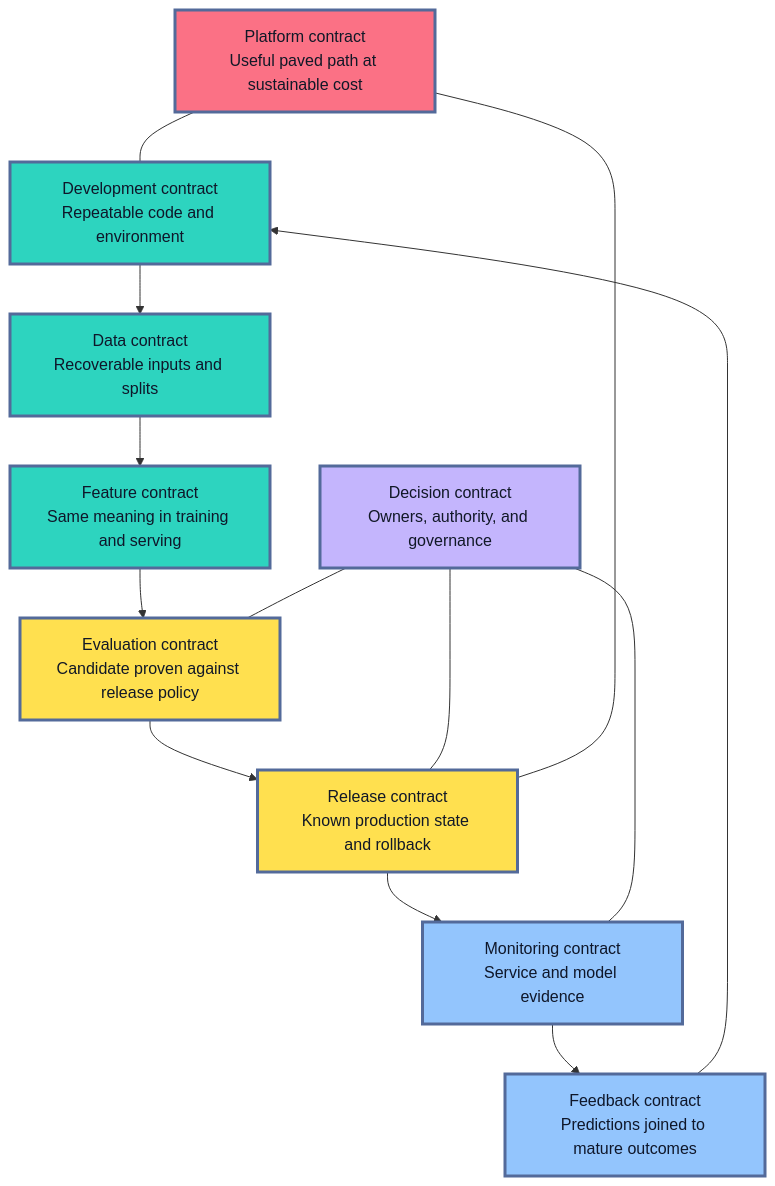
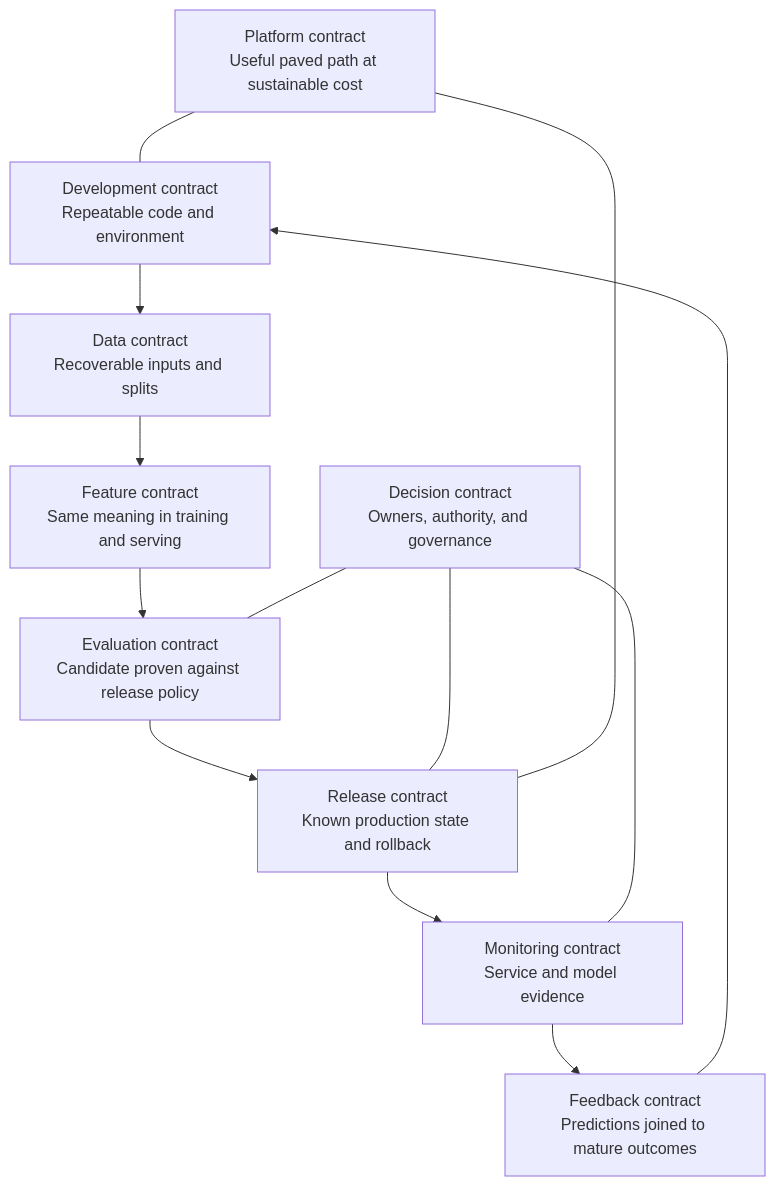
The first of 7 diagrams in roadmaps/mlops/modules/mlops-foundations/teams-and-workflow/03-common-mlops-failure-modes.md (senlinyy/dev-roadmaps), drawn with Mermaid before and after one commit. The commit also changed other lines of this file and 152 other files, not shown here.

Commit message:
feat: mlops and diagrams updated

````diff
--- a/roadmaps/mlops/modules/mlops-foundations/teams-and-workflow/03-common-mlops-failure-modes.md
+++ b/roadmaps/mlops/modules/mlops-foundations/teams-and-workflow/03-common-mlops-failure-modes.md
@@ -43,26 +43,21 @@
 ```mermaid
 flowchart TD
     A["Development contract<br/>Repeatable code and environment"] --> B["Data contract<br/>Recoverable inputs and splits"]
     B --> C["Feature contract<br/>Same meaning in training and serving"]
     C --> D["Evaluation contract<br/>Candidate proven against release policy"]
     D --> E["Release contract<br/>Known production state and rollback"]
     E --> F["Monitoring contract<br/>Service and model evidence"]
     F --> G["Feedback contract<br/>Predictions joined to mature outcomes"]
     G --> A
     H["Decision contract<br/>Owners, authority, and governance"] --- D
     H --- E
     H --- F
     I["Platform contract<br/>Useful paved path at sustainable cost"] --- A
     I --- E
 
-    classDef build fill:#2DD4BF,stroke:#536A9A,stroke-width:3px,color:#0F172A
-    classDef prove fill:#FFE04F,stroke:#536A9A,stroke-width:3px,color:#111827
-    classDef operate fill:#93C5FD,stroke:#536A9A,stroke-width:3px,color:#0F172A
-    classDef govern fill:#C4B5FD,stroke:#536A9A,stroke-width:3px,color:#111827
-    classDef scope fill:#FB7185,stroke:#536A9A,stroke-width:3px,color:#111827
     class A,B,C build
     class D,E prove
     class F,G operate
     class H govern
     class I scope
 ```
````
